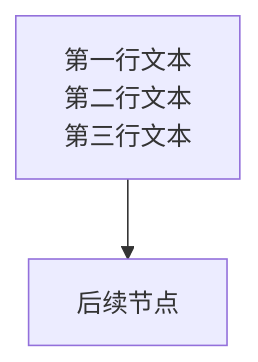
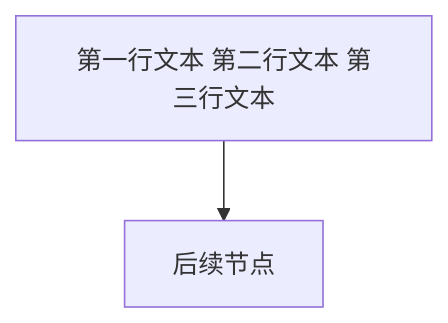
Before and after one commit to xinetzone/SpecWeave: the second of 2 diagrams in .agents/templates/mermaid-templates/flowchart-top-bottom.md, drawn with Mermaid. The commit also changed other lines of this file and 41 other files, not shown here.

First line of the commit message:
feat(mermaid): CI历史债务ratchet基线门禁与节点文本单行化策略

````diff
--- a/.agents/templates/mermaid-templates/flowchart-top-bottom.md
+++ b/.agents/templates/mermaid-templates/flowchart-top-bottom.md
@@ -23,4 +23,4 @@
 ```mermaid
 flowchart TB
-    A["第一行文本<br/>第二行文本<br/>第三行文本"] --> B["后续节点"]
+    A["第一行文本 第二行文本 第三行文本"] --> B["后续节点"]
 ```
````
